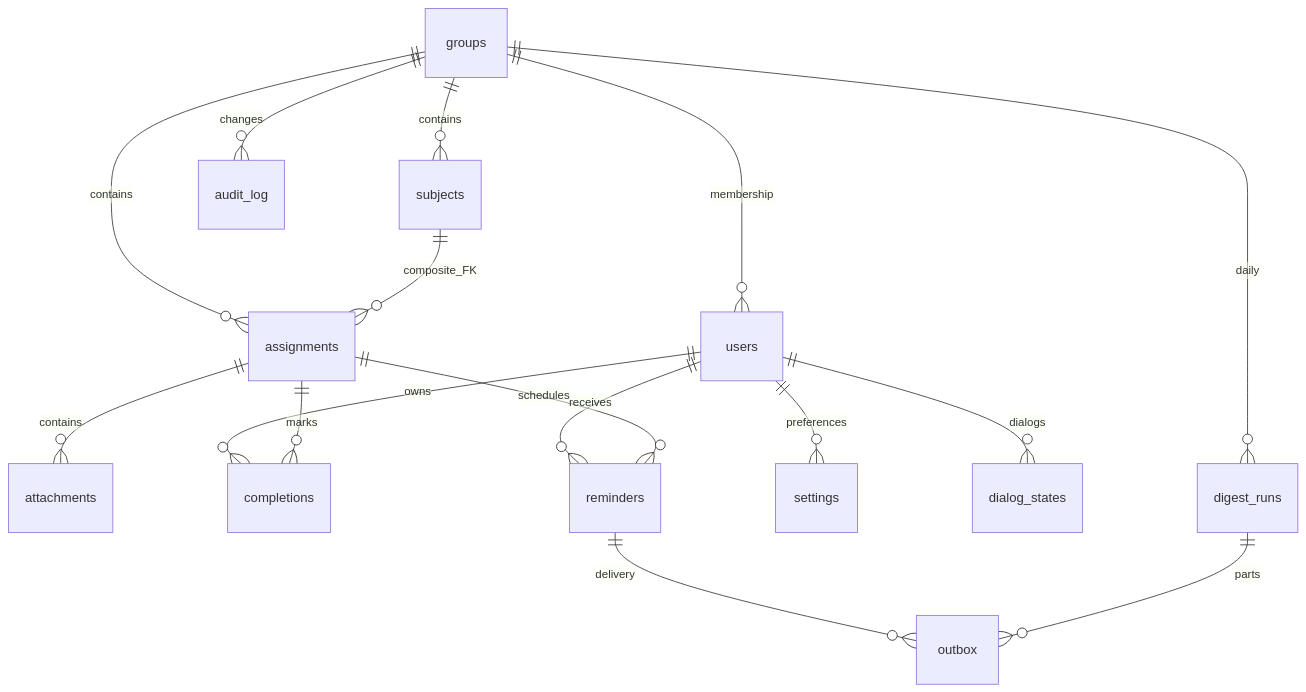
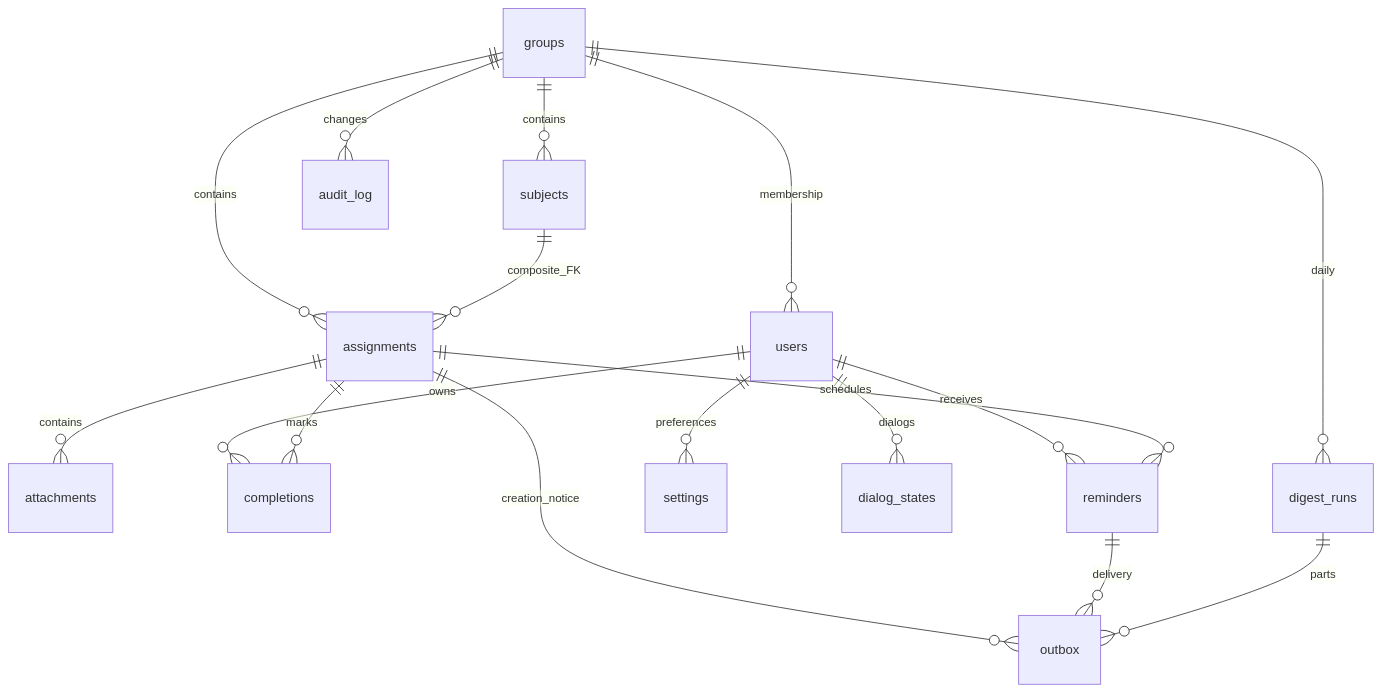
Before and after one commit to IvanCeo/NSMU_medical_bot: the diagram in docs/database.md, drawn with Mermaid. The commit also changed other lines of this file and 37 other files, not shown here.

````diff
--- a/docs/database.md
+++ b/docs/database.md
@@ -21,18 +21,19 @@
 ```mermaid
 erDiagram
     groups ||--o{ users : membership
     groups ||--o{ subjects : contains
     groups ||--o{ assignments : contains
     subjects ||--o{ assignments : composite_FK
     assignments ||--o{ attachments : contains
     users ||--o{ completions : owns
     assignments ||--o{ completions : marks
     users ||--o{ reminders : receives
     assignments ||--o{ reminders : schedules
     users ||--o{ settings : preferences
     users ||--o{ dialog_states : dialogs
     groups ||--o{ digest_runs : daily
+    assignments ||--o{ outbox : creation_notice
     reminders ||--o{ outbox : delivery
     digest_runs ||--o{ outbox : parts
     groups ||--o{ audit_log : changes
 ```
````
